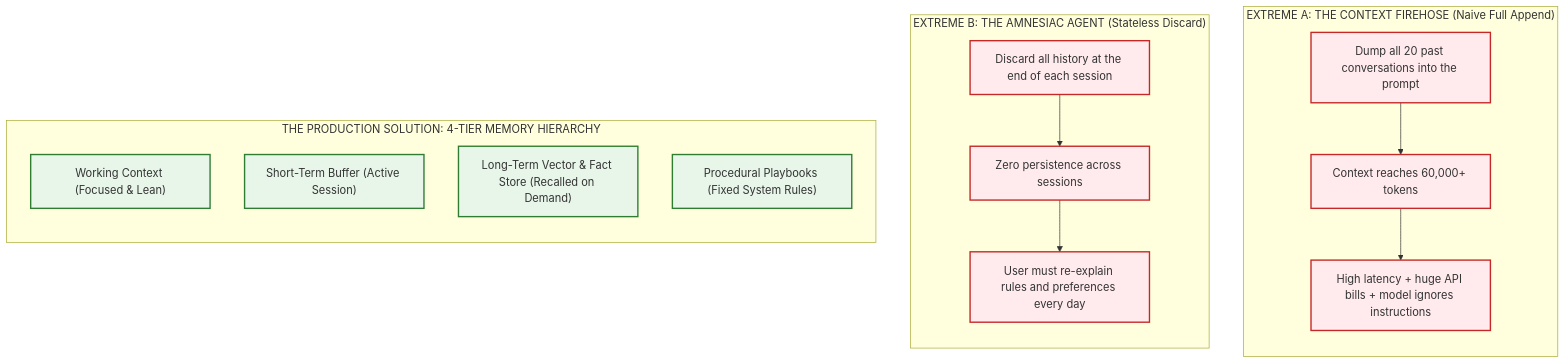
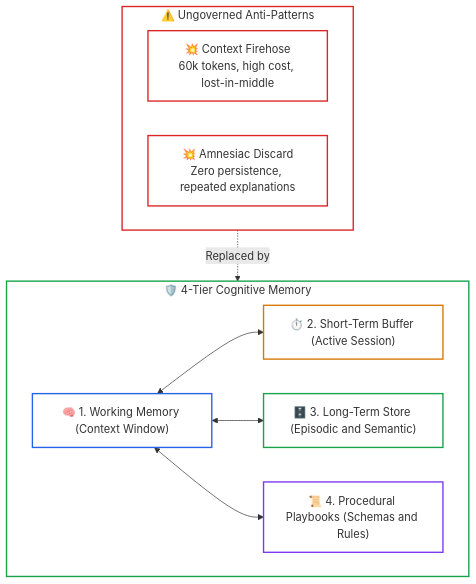
The first of 5 diagrams in 04-agentic-systems-and-orchestration/04-agent-memory-systems-and-cognitive-architectures.md (dip4k/senior-engineer-to-ai-engineer-roadmap), drawn with Mermaid before and after one commit. The commit also changed other lines of this file and 94 other files, not shown here.

Commit message:
refactor(curriculum): complete Phase 04 upgrade and enforce diagram renderer invariants

````diff
--- a/04-agentic-systems-and-orchestration/04-agent-memory-systems-and-cognitive-architectures.md
+++ b/04-agentic-systems-and-orchestration/04-agent-memory-systems-and-cognitive-architectures.md
@@ -17,27 +21,28 @@
 ```mermaid
 flowchart TD
-    classDef fail fill:#ffebee,stroke:#c62828,stroke-width:2px;
-    classDef ok fill:#e8f5e9,stroke:#2e7d32,stroke-width:2px;
-
-    subgraph ExtremeA["EXTREME A: THE CONTEXT FIREHOSE (Naive Full Append)"]
-        direction TB
-        EA1["Dump all 20 past conversations into the prompt"]:::fail
-        --> EA2["Context reaches 60,000+ tokens"]:::fail
-        --> EA3["High latency + huge API bills + model ignores instructions"]:::fail
+    subgraph Extremes["⚠️ Ungoverned Anti-Patterns"]
+        EA["💥 Context Firehose<br/>60k tokens, high cost, lost-in-middle"]
+        EB["💥 Amnesiac Discard<br/>Zero persistence, repeated explanations"]
     end
 
-    subgraph ExtremeB["EXTREME B: THE AMNESIAC AGENT (Stateless Discard)"]
-        direction TB
-        EB1["Discard all history at the end of each session"]:::fail
-        --> EB2["Zero persistence across sessions"]:::fail
-        --> EB3["User must re-explain rules and preferences every day"]:::fail
+    subgraph Balanced["🛡️ 4-Tier Cognitive Memory"]
+        M1["🧠 1. Working Memory (Context Window)"]
+        M2["⏱️ 2. Short-Term Buffer (Active Session)"]
+        M3["🗄️ 3. Long-Term Store (Episodic and Semantic)"]
+        M4["📜 4. Procedural Playbooks (Schemas and Rules)"]
+        M1 <--> M2
+        M1 <--> M3
+        M1 <--> M4
     end
 
-    subgraph Balanced["THE PRODUCTION SOLUTION: 4-TIER MEMORY HIERARCHY"]
-        direction TB
-        M1["Working Context (Focused & Lean)"]:::ok
-        M2["Short-Term Buffer (Active Session)"]:::ok
-        M3["Long-Term Vector & Fact Store (Recalled on Demand)"]:::ok
-        M4["Procedural Playbooks (Fixed System Rules)"]:::ok
-    end
+    Extremes -.->|"Replaced by"| Balanced
+
+    style Extremes fill:none,stroke:#dc2626,stroke-width:2px
+    style Balanced fill:none,stroke:#16a34a,stroke-width:2px
+    style EA stroke:#dc2626,stroke-width:2px,fill:none
+    style EB stroke:#dc2626,stroke-width:2px,fill:none
+    style M1 stroke:#2563eb,stroke-width:2px,fill:none
+    style M2 stroke:#d97706,stroke-width:2px,fill:none
+    style M3 stroke:#16a34a,stroke-width:2px,fill:none
+    style M4 stroke:#7c3aed,stroke-width:2px,fill:none
 ```
````
